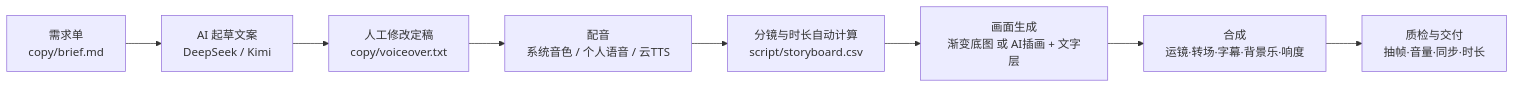
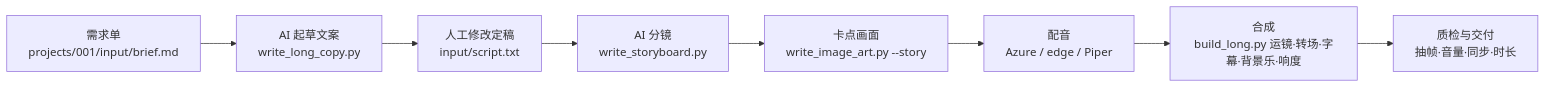
The diagram in PROJECT_PLAN.md (summerain0401/videoMaker), drawn with Mermaid before and after one commit. The commit also changed other lines of this file and 78 other files, not shown here.

````diff
--- a/PROJECT_PLAN.md
+++ b/PROJECT_PLAN.md
@@ -28,10 +26,10 @@
 ```mermaid
 flowchart LR
-  A[需求单<br/>copy/brief.md] --> B[AI 起草文案<br/>DeepSeek / Kimi]
-  B --> C[人工修改定稿<br/>copy/voiceover.txt]
-  C --> D[配音<br/>系统音色 / 个人语音 / 云TTS]
-  D --> E[分镜与时长自动计算<br/>script/storyboard.csv]
-  E --> F[画面生成<br/>渐变底图 或 AI插画 + 文字层]
-  F --> G[合成<br/>运镜·转场·字幕·背景乐·响度]
+  A[需求单<br/>projects/001/input/brief.md] --> B[AI 起草文案<br/>write_long_copy.py]
+  B --> C[人工修改定稿<br/>input/script.txt]
+  C --> D[AI 分镜<br/>write_storyboard.py]
+  D --> E[卡点画面<br/>write_image_art.py --story]
+  E --> F[配音<br/>Azure / edge / Piper]
+  F --> G[合成<br/>build_long.py 运镜·转场·字幕·背景乐·响度]
   G --> H[质检与交付<br/>抽帧·音量·同步·时长]
 ```
````
